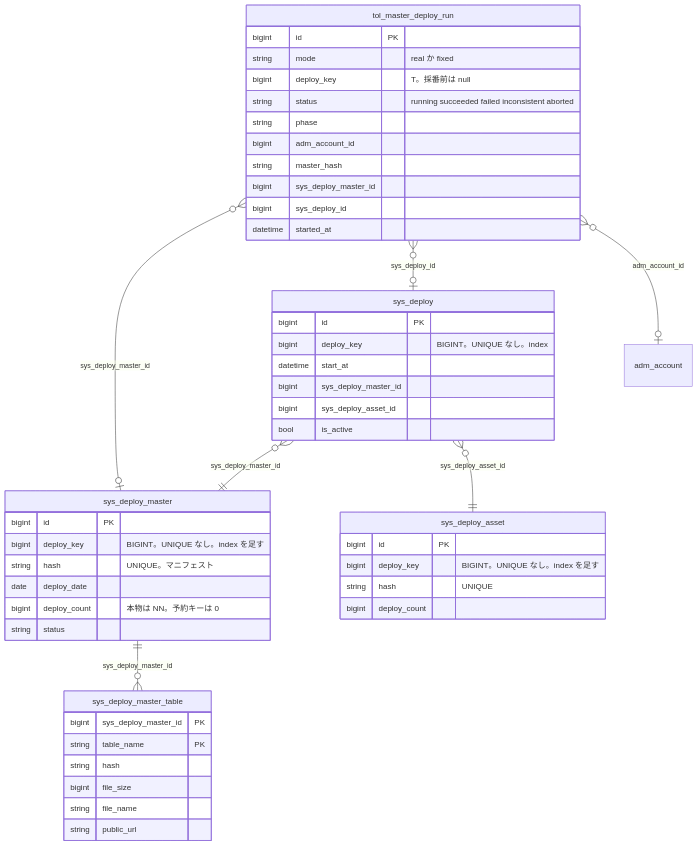
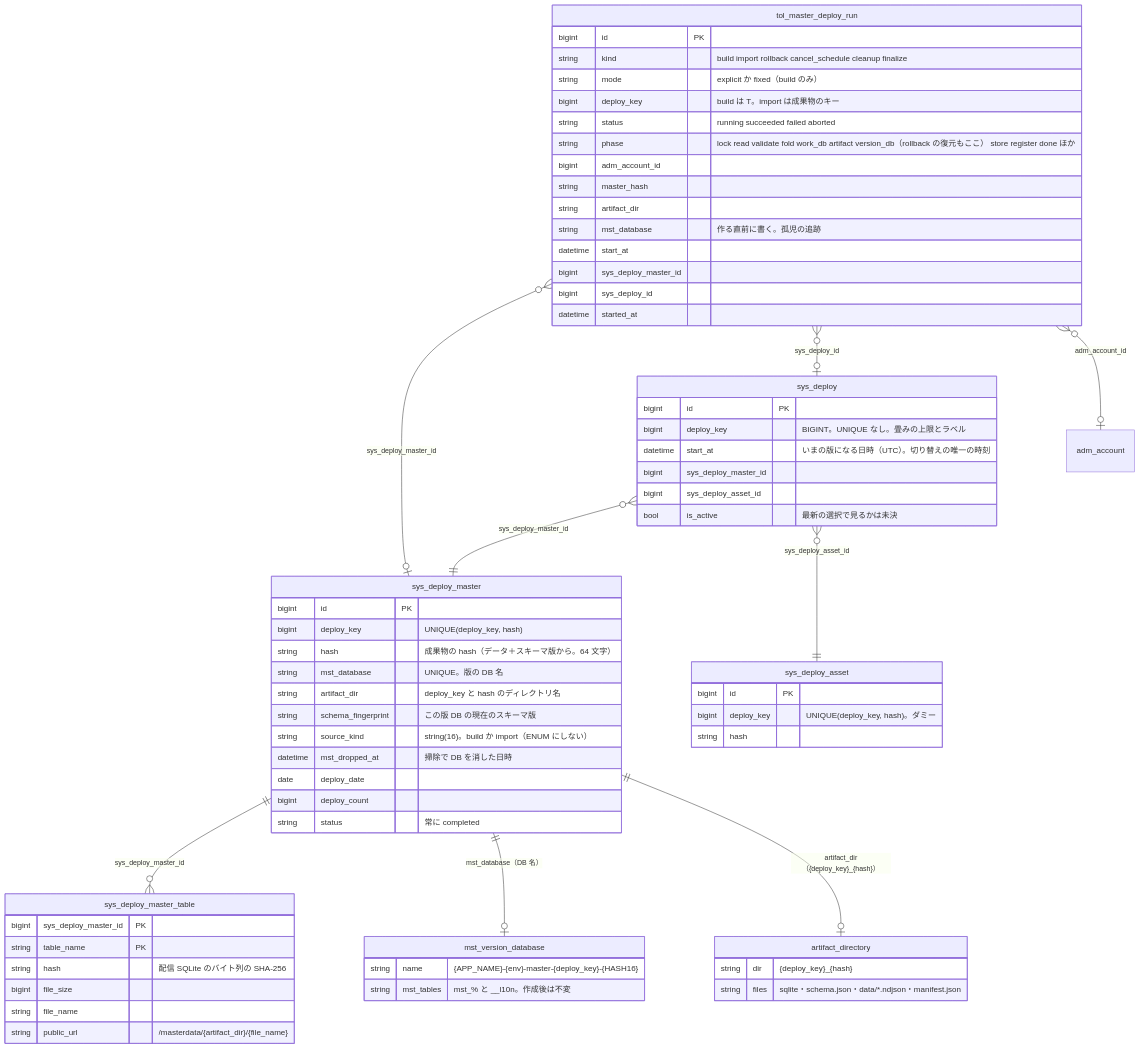
One commit to BENieBlack/NexusMobileGameServer-Laravel changed the first of 2 diagrams in docs/design/master-distribution/db.md. Above: the diagram before and after it, drawn with Mermaid. The commit also changed other lines of this file and 2 other files, not shown here.

Commit message:
docs: マスター配信のサーバー設計（db・api・sequence）を版ごとの mst DB と start_at の切り替えに書き直す（design-change） (#47)

````diff
--- a/docs/design/master-distribution/db.md
+++ b/docs/design/master-distribution/db.md
@@ -424,51 +703,69 @@
 ```mermaid
 erDiagram
     sys_deploy }o--|| sys_deploy_master : "sys_deploy_master_id"
     sys_deploy }o--|| sys_deploy_asset : "sys_deploy_asset_id"
     sys_deploy_master ||--o{ sys_deploy_master_table : "sys_deploy_master_id"
+    sys_deploy_master ||--o| mst_version_database : "mst_database（DB 名）"
+    sys_deploy_master ||--o| artifact_directory : "artifact_dir（{deploy_key}_{hash}）"
     tol_master_deploy_run }o--o| sys_deploy_master : "sys_deploy_master_id"
     tol_master_deploy_run }o--o| sys_deploy : "sys_deploy_id"
     tol_master_deploy_run }o--o| adm_account : "adm_account_id"
     sys_deploy {
         bigint id PK
-        bigint deploy_key "BIGINT。UNIQUE なし。index"
-        datetime start_at
+        bigint deploy_key "BIGINT。UNIQUE なし。畳みの上限とラベル"
+        datetime start_at "いまの版になる日時（UTC）。切り替えの唯一の時刻"
         bigint sys_deploy_master_id
         bigint sys_deploy_asset_id
-        bool is_active
+        bool is_active "最新の選択で見るかは未決"
     }
     sys_deploy_master {
         bigint id PK
-        bigint deploy_key "BIGINT。UNIQUE なし。index を足す"
-        string hash "UNIQUE。マニフェスト"
+        bigint deploy_key "UNIQUE(deploy_key, hash)"
+        string hash "成果物の hash（データ＋スキーマ版から。64 文字）"
+        string mst_database "UNIQUE。版の DB 名"
+        string artifact_dir "deploy_key と hash のディレクトリ名"
+        string schema_fingerprint "この版 DB の現在のスキーマ版"
+        string source_kind "string(16)。build か import（ENUM にしない）"
+        datetime mst_dropped_at "掃除で DB を消した日時"
         date deploy_date
-        bigint deploy_count "本物は NN。予約キーは 0"
-        string status
+        bigint deploy_count
+        string status "常に completed"
     }
     sys_deploy_asset {
         bigint id PK
-        bigint deploy_key "BIGINT。UNIQUE なし。index を足す"
-        string hash "UNIQUE"
-        bigint deploy_count
+        bigint deploy_key "UNIQUE(deploy_key, hash)。ダミー"
+        string hash
     }
     sys_deploy_master_table {
         bigint sys_deploy_master_id PK
         string table_name PK
-        string hash
+        string hash "配信 SQLite のバイト列の SHA-256"
         bigint file_size
         string file_name
-        string public_url
+        string public_url "/masterdata/{artifact_dir}/{file_name}"
+    }
+    mst_version_database {
+        string name "{APP_NAME}-{env}-master-{deploy_key}-{HASH16}"
+        string mst_tables "mst_% と __l10n。作成後は不変"
+    }
+    artifact_directory {
+        string dir "{deploy_key}_{hash}"
+        string files "sqlite・schema.json・data/*.ndjson・manifest.json"
     }
     tol_master_deploy_run {
         bigint id PK
-        string mode "real か fixed"
-        bigint deploy_key "T。採番前は null"
-        string status "running succeeded failed inconsistent aborted"
-        string phase
+        string kind "build import rollback cancel_schedule cleanup finalize"
+        string mode "explicit か fixed（build のみ）"
+        bigint deploy_key "build は T。import は成果物のキー"
+        string status "running succeeded failed aborted"
+        string phase "lock read validate fold work_db artifact version_db（rollback の復元もここ） store register done ほか"
         bigint adm_account_id
         string master_hash
+        string artifact_dir
+        string mst_database "作る直前に書く。孤児の追跡"
+        datetime start_at
         bigint sys_deploy_master_id
         bigint sys_deploy_id
         datetime started_at
     }
 ```
````
